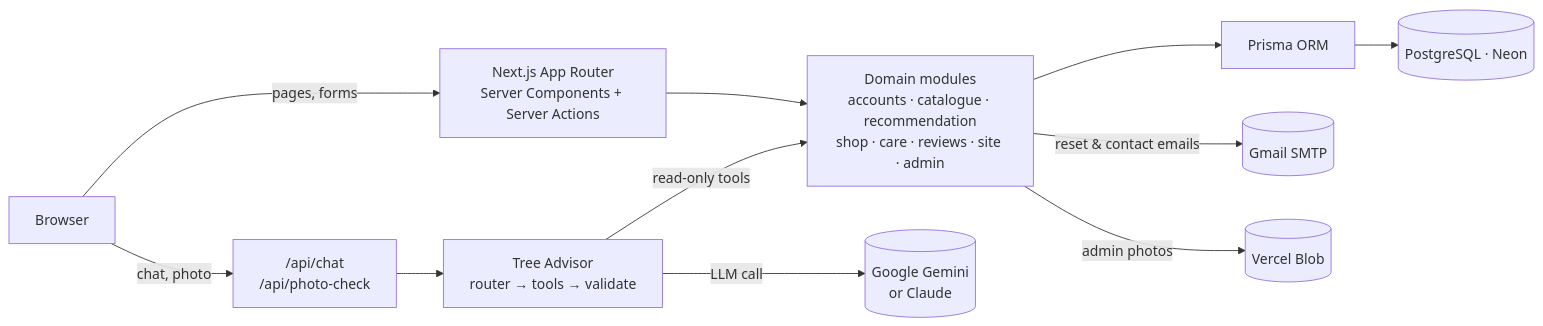
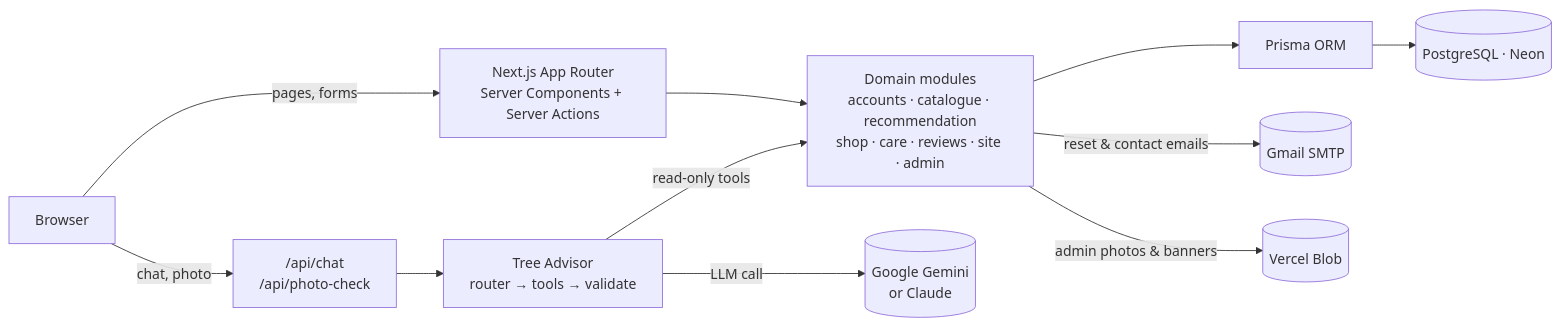
The first of 4 diagrams in README.md (mohammednaeemog-sys/gaach), drawn with Mermaid before and after one commit. The commit also changed other lines of this file and 7 other files, not shown here.

````diff
--- a/README.md
+++ b/README.md
@@ -188,12 +250,12 @@
 ```mermaid
 flowchart LR
   U[Browser] -->|pages, forms| N[Next.js App Router<br/>Server Components + Server Actions]
   U -->|chat, photo| API["/api/chat<br/>/api/photo-check"]
   N --> M[Domain modules<br/>accounts · catalogue · recommendation<br/>shop · care · reviews · site · admin]
   API --> A[Tree Advisor<br/>router → tools → validate]
   A -->|read-only tools| M
   A -->|LLM call| G[(Google Gemini<br/>or Claude)]
   M --> P[Prisma ORM] --> DB[(PostgreSQL · Neon)]
   M -->|reset & contact emails| SMTP[(Gmail SMTP)]
-  M -->|admin photos| B[(Vercel Blob)]
+  M -->|admin photos & banners| B[(Vercel Blob)]
 ```
````
